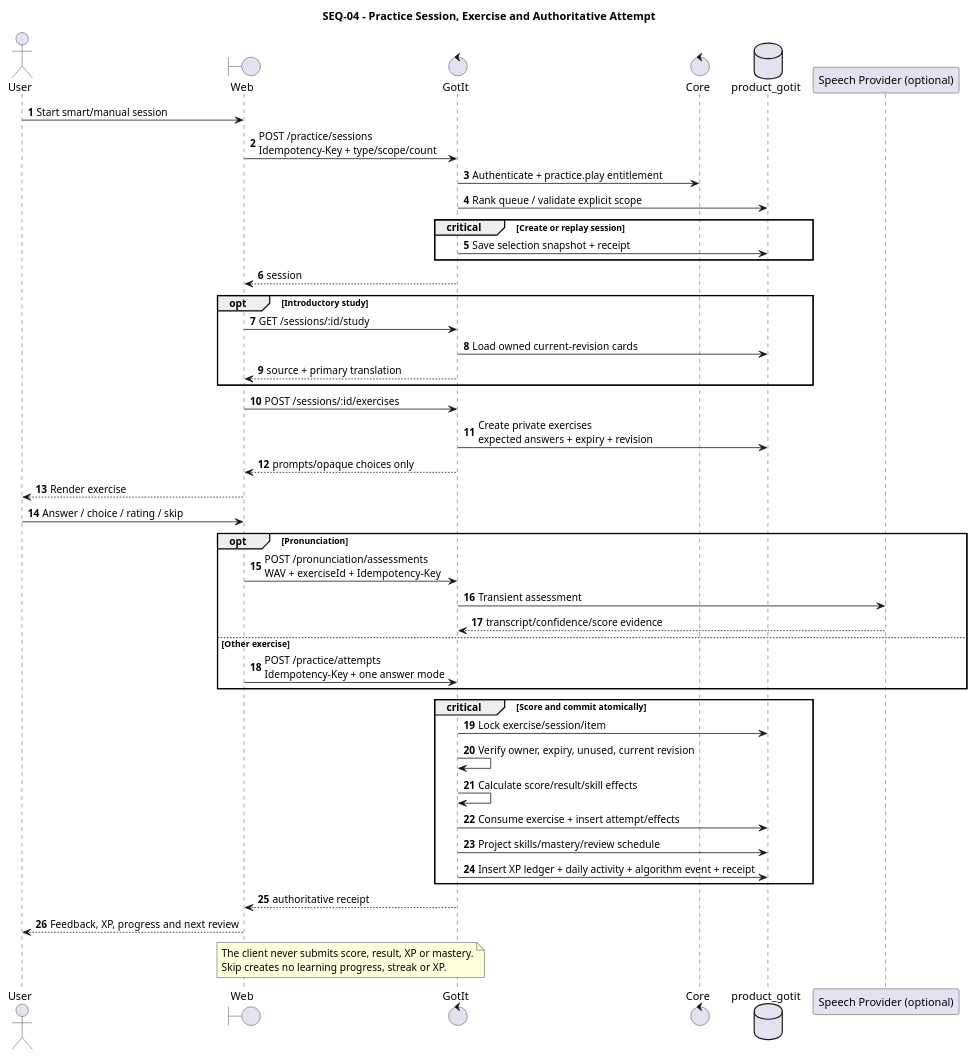
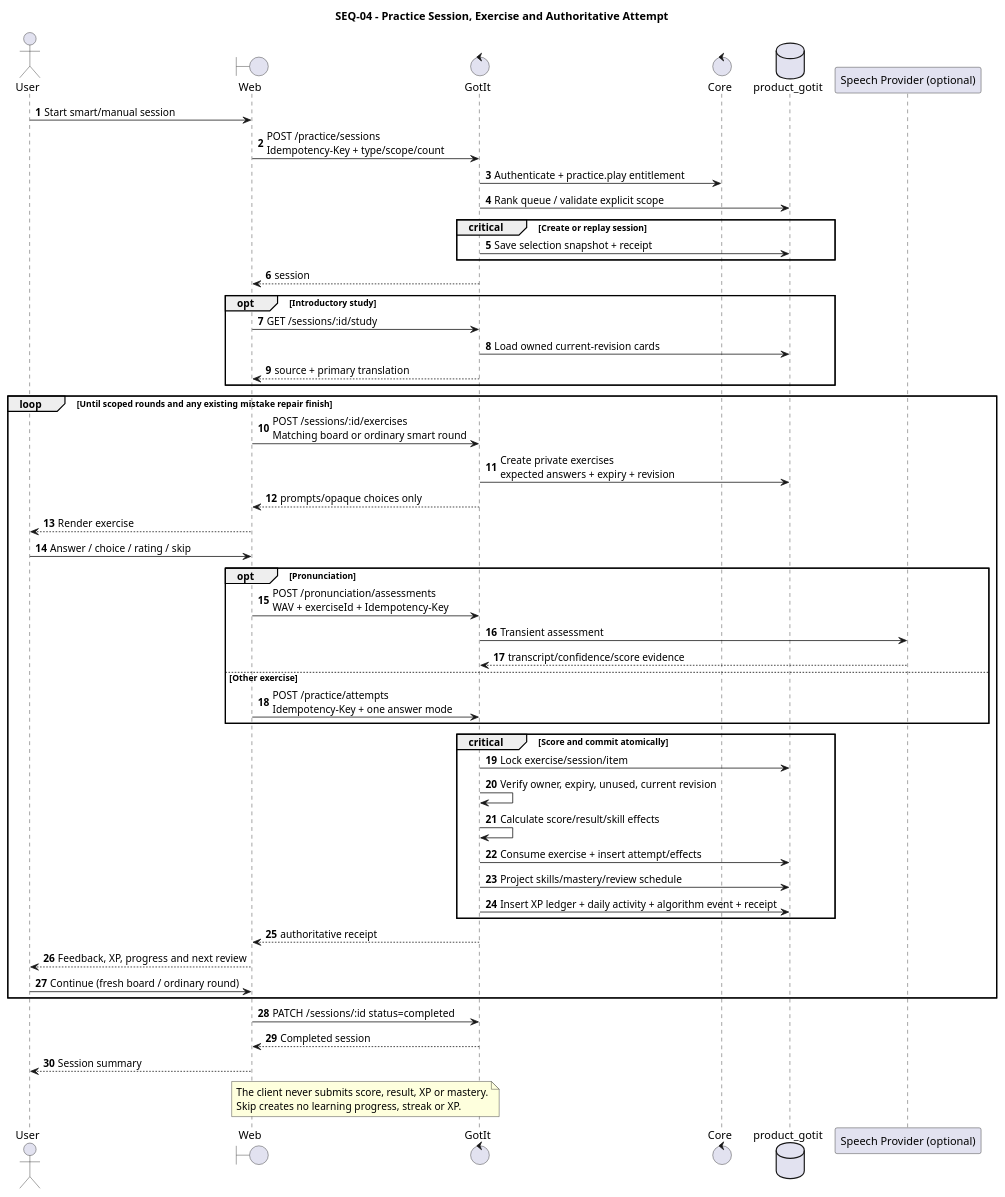
One commit to rbaseapp/gotit-project-spec changed the diagram in uml/04-practice-attempt.puml. Above: the diagram before and after it, drawn with PlantUML. The commit also changed other lines of this file and 11 other files, not shown here.

First line of the commit message:
Document recurring matching rounds and touch regression repair

```diff
--- a/uml/04-practice-attempt.puml
+++ b/uml/04-practice-attempt.puml
@@ -1,50 +1,56 @@
 @startuml
 title SEQ-04 - Practice Session, Exercise and Authoritative Attempt
 autonumber
 actor User
 boundary Web
 control GotIt
 control Core
 database DB as "product_gotit"
 participant Speech as "Speech Provider (optional)"
 
 User -> Web: Start smart/manual session
 Web -> GotIt: POST /practice/sessions\nIdempotency-Key + type/scope/count
 GotIt -> Core: Authenticate + practice.play entitlement
 GotIt -> DB: Rank queue / validate explicit scope
 critical Create or replay session
   GotIt -> DB: Save selection snapshot + receipt
 end
 GotIt --> Web: session
 opt Introductory study
   Web -> GotIt: GET /sessions/:id/study
   GotIt -> DB: Load owned current-revision cards
   GotIt --> Web: source + primary translation
 end
-Web -> GotIt: POST /sessions/:id/exercises
+loop Until scoped rounds and any existing mistake repair finish
+Web -> GotIt: POST /sessions/:id/exercises\nMatching board or ordinary smart round
 GotIt -> DB: Create private exercises\nexpected answers + expiry + revision
 GotIt --> Web: prompts/opaque choices only
 Web --> User: Render exercise
 User -> Web: Answer / choice / rating / skip
 opt Pronunciation
   Web -> GotIt: POST /pronunciation/assessments\nWAV + exerciseId + Idempotency-Key
   GotIt -> Speech: Transient assessment
   Speech --> GotIt: transcript/confidence/score evidence
 else Other exercise
   Web -> GotIt: POST /practice/attempts\nIdempotency-Key + one answer mode
 end
 critical Score and commit atomically
   GotIt -> DB: Lock exercise/session/item
   GotIt -> GotIt: Verify owner, expiry, unused, current revision
   GotIt -> GotIt: Calculate score/result/skill effects
   GotIt -> DB: Consume exercise + insert attempt/effects
   GotIt -> DB: Project skills/mastery/review schedule
   GotIt -> DB: Insert XP ledger + daily activity + algorithm event + receipt
 end
 GotIt --> Web: authoritative receipt
 Web --> User: Feedback, XP, progress and next review
+User -> Web: Continue (fresh board / ordinary round)
+end
+Web -> GotIt: PATCH /sessions/:id status=completed
+GotIt --> Web: Completed session
+Web --> User: Session summary
 note over Web,GotIt
 The client never submits score, result, XP or mastery.
 Skip creates no learning progress, streak or XP.
 end note
 @enduml
```
